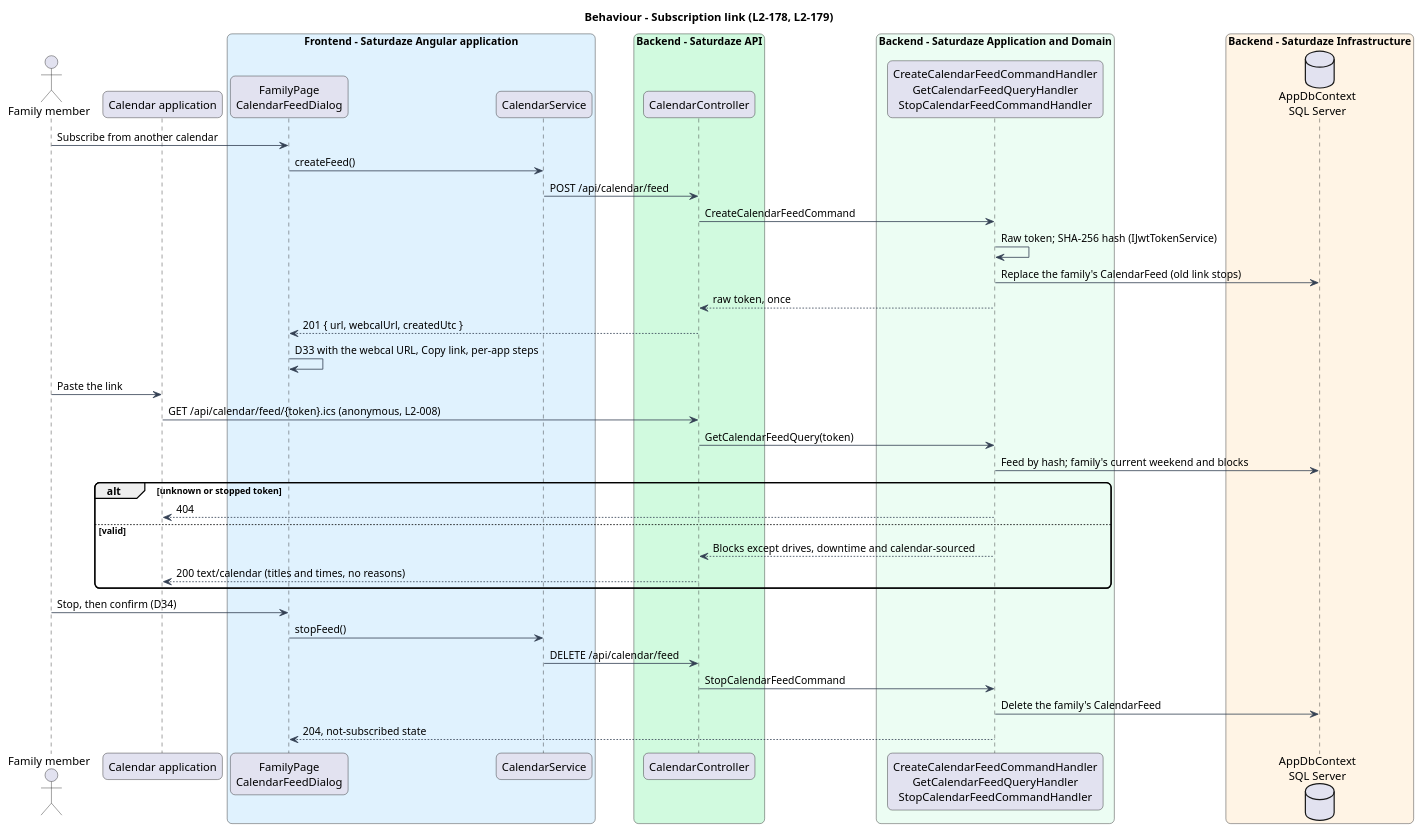
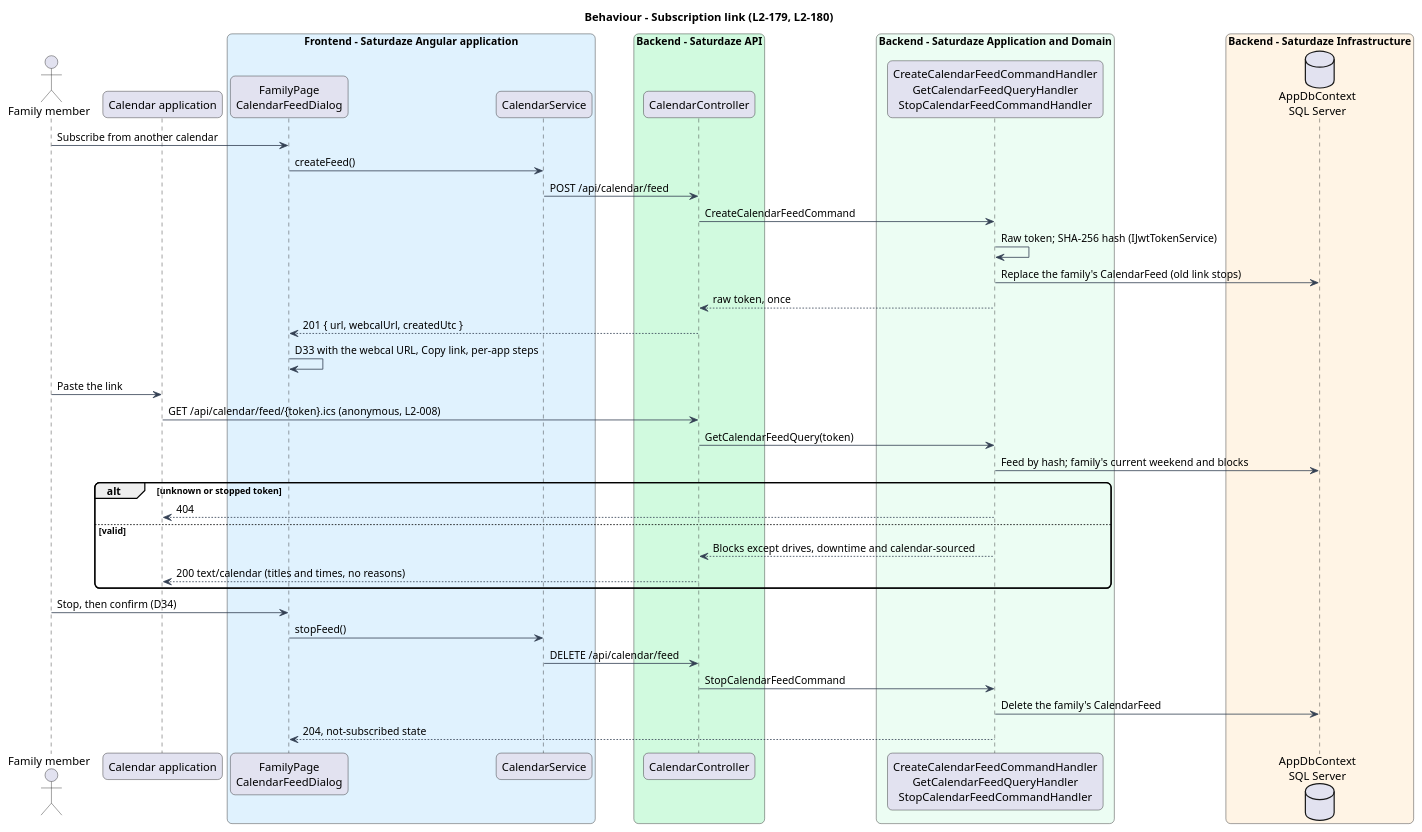
One commit to QuinntyneBrown/saturdaze changed the diagram in docs/detailed-designs/identity-and-access/connect-calendar/diagrams/sequence-subscription-feed.puml. Above: the diagram before and after it, drawn with PlantUML. The commit also changed 88 other files, not shown here.

```diff
--- a/docs/detailed-designs/identity-and-access/connect-calendar/diagrams/sequence-subscription-feed.puml
+++ b/docs/detailed-designs/identity-and-access/connect-calendar/diagrams/sequence-subscription-feed.puml
@@ -1,48 +1,48 @@
 @startuml
-title Behaviour - Subscription link (L2-178, L2-179)
+title Behaviour - Subscription link (L2-179, L2-180)
 skinparam backgroundColor #FFFFFF
 skinparam shadowing false
 skinparam roundcorner 12
 skinparam defaultFontName Arial
 skinparam ArrowColor #344054
 actor "Family member" as actor
 participant "Calendar application" as calapp
 box "Frontend - Saturdaze Angular application" #E0F2FE
  participant "FamilyPage\nCalendarFeedDialog" as page
  participant "CalendarService" as svc
 end box
 box "Backend - Saturdaze API" #D1FADF
  participant "CalendarController" as controller
 end box
 box "Backend - Saturdaze Application and Domain" #ECFDF3
  participant "CreateCalendarFeedCommandHandler\nGetCalendarFeedQueryHandler\nStopCalendarFeedCommandHandler" as handler
 end box
 box "Backend - Saturdaze Infrastructure" #FFF4E5
  database "AppDbContext\nSQL Server" as db
 end box
 actor -> page : Subscribe from another calendar
 page -> svc : createFeed()
 svc -> controller : POST /api/calendar/feed
 controller -> handler : CreateCalendarFeedCommand
 handler -> handler : Raw token; SHA-256 hash (IJwtTokenService)
 handler -> db : Replace the family's CalendarFeed (old link stops)
 handler --> controller : raw token, once
 controller --> page : 201 { url, webcalUrl, createdUtc }
 page -> page : D33 with the webcal URL, Copy link, per-app steps
 actor -> calapp : Paste the link
 calapp -> controller : GET /api/calendar/feed/{token}.ics (anonymous, L2-008)
 controller -> handler : GetCalendarFeedQuery(token)
 handler -> db : Feed by hash; family's current weekend and blocks
 alt unknown or stopped token
 handler --> calapp : 404
 else valid
 handler --> controller : Blocks except drives, downtime and calendar-sourced
 controller --> calapp : 200 text/calendar (titles and times, no reasons)
 end
 actor -> page : Stop, then confirm (D34)
 page -> svc : stopFeed()
 svc -> controller : DELETE /api/calendar/feed
 controller -> handler : StopCalendarFeedCommand
 handler -> db : Delete the family's CalendarFeed
 handler --> page : 204, not-subscribed state
 @enduml
```
